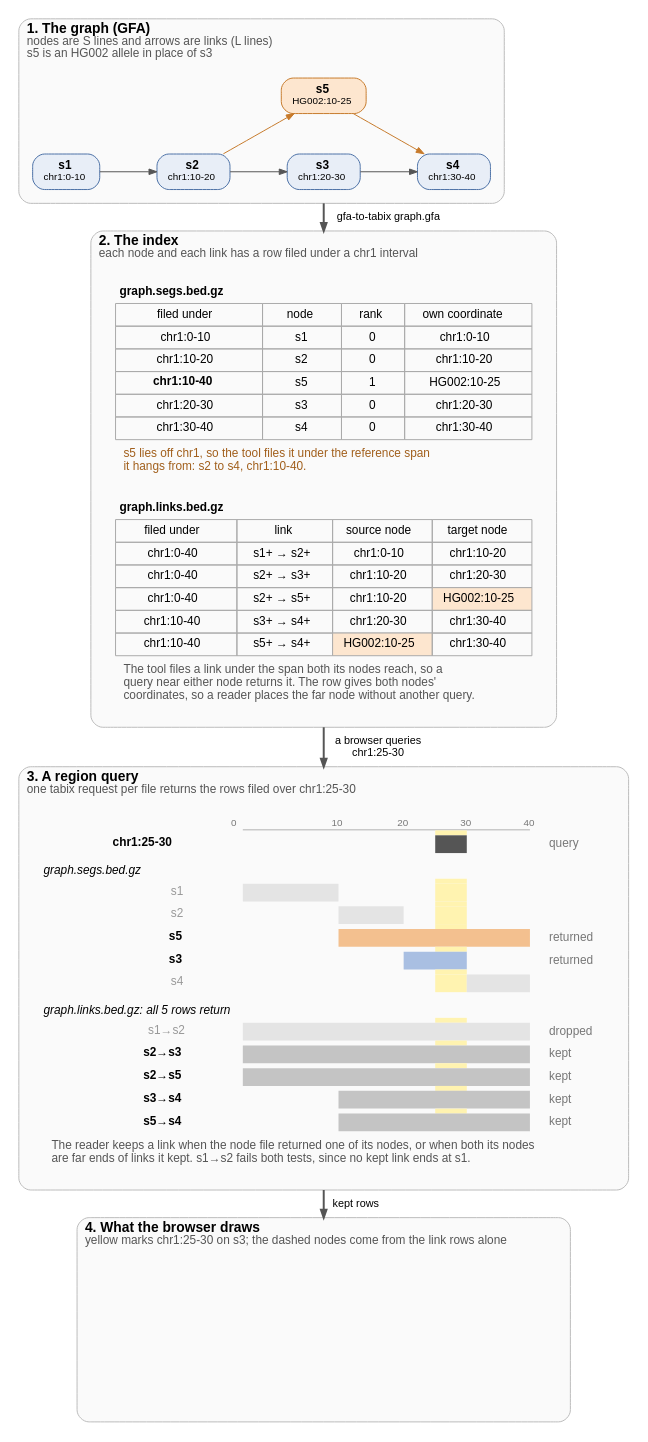
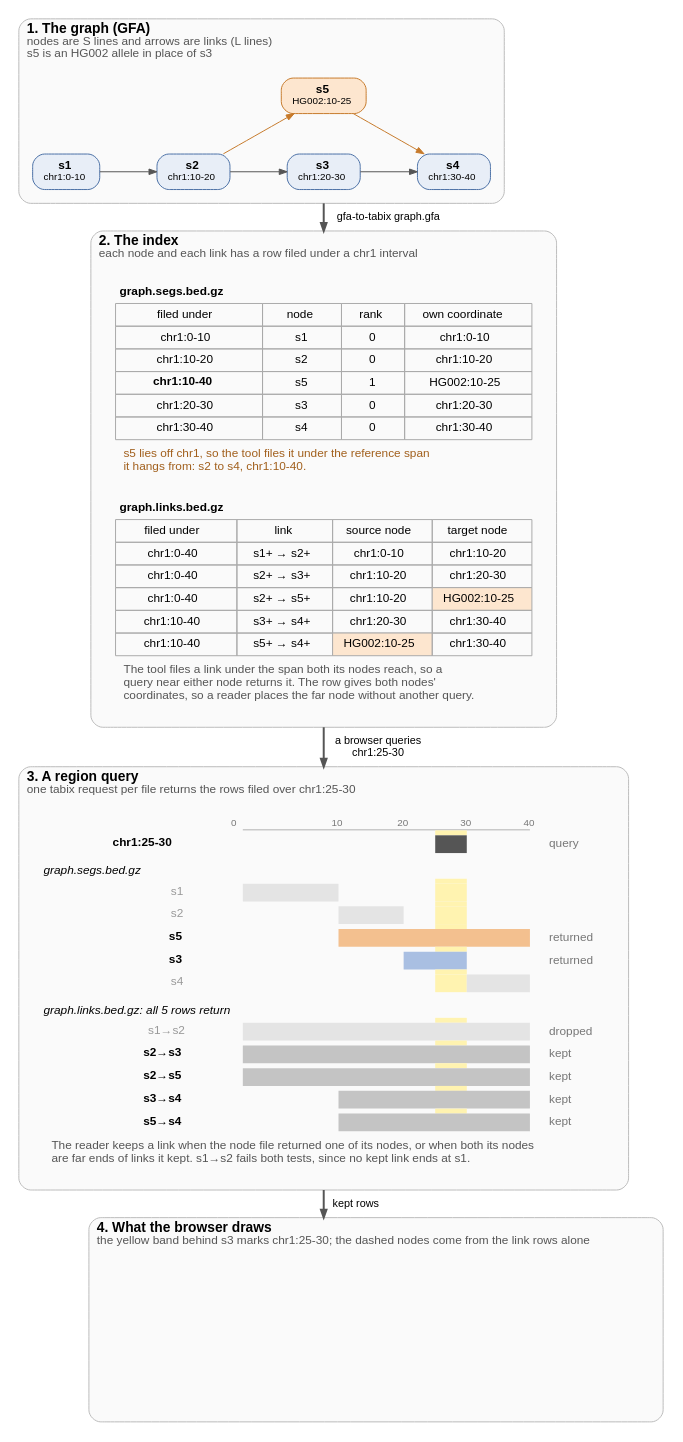
The diagram in docs/figures/overview-detail.dot (GMOD/gfa-to-tabix), drawn with Graphviz before and after one commit. The commit also changed 7 other files, not shown here.

First line of the commit message:
README: cut to a quick start; mark the query with a band behind s3

```diff
--- a/docs/figures/overview-detail.dot
+++ b/docs/figures/overview-detail.dot
@@ -1,117 +1,117 @@
 // scripts/figures.py fills the marked rows from the tool's output and draws this figure
 digraph overview {
   bgcolor="white"
   fontname="Helvetica"
   newrank=true
   compound=true
   nodesep=0.4
   ranksep=0.55
   node [fontname="Helvetica", fontsize=12, shape=box, style="filled,rounded", fillcolor="#e8eef7", color="#4a6fa5", margin="0.15,0.06"]
   edge [fontname="Helvetica", fontsize=11, color="#555555", arrowsize=0.8]
 
   subgraph {
     graph [labeljust=l, fontsize=14, color="#bbbbbb", style="rounded,filled", fillcolor="#fafafa", margin=14]
 
     subgraph cluster_graph {
       label=<<B>1. The graph (GFA)</B><BR ALIGN="LEFT"/><FONT POINT-SIZE="12" COLOR="#555555">nodes are S lines and arrows are links (L lines)</FONT><BR ALIGN="LEFT"/><FONT POINT-SIZE="12" COLOR="#555555">s5 is an HG002 allele in place of s3</FONT><BR ALIGN="LEFT"/>>
       // begin graph
       s1 [label=<<B>s1</B><BR/><FONT POINT-SIZE="10">chr1:0-10</FONT>>]
       s2 [label=<<B>s2</B><BR/><FONT POINT-SIZE="10">chr1:10-20</FONT>>]
       s3 [label=<<B>s3</B><BR/><FONT POINT-SIZE="10">chr1:20-30</FONT>>]
       s4 [label=<<B>s4</B><BR/><FONT POINT-SIZE="10">chr1:30-40</FONT>>]
       s5 [label=<<B>s5</B><BR/><FONT POINT-SIZE="10">HG002:10-25</FONT>>, fillcolor="#fde6cf", color="#c77a2b"]
       {rank=same; s1; s2; s3; s4}
       s1 -> s2 [weight=20]
       s2 -> s3 [weight=20]
       s2 -> s5 [color="#c77a2b", constraint=false]
       s3 -> s4 [weight=20]
       s5 -> s4 [color="#c77a2b", constraint=false]
       s5 -> s3 [style=invis, weight=20]
       // end graph
     }
 
     subgraph cluster_files {
       label=<<B>2. The index</B><BR ALIGN="LEFT"/><FONT POINT-SIZE="12" COLOR="#555555">each node and each link has a row filed under a chr1 interval</FONT><BR ALIGN="LEFT"/>>
       rows [shape=plaintext, style="", label=<
         <TABLE BORDER="0" CELLBORDER="0" CELLSPACING="0" CELLPADDING="0"><TR><TD><TABLE BORDER="0" CELLBORDER="1" CELLSPACING="0" CELLPADDING="4" COLOR="#aaaaaa">
           <TR><TD COLSPAN="4" BORDER="0" ALIGN="LEFT"><B>graph.segs.bed.gz</B></TD></TR>
           <TR BGCOLOR="#dddddd"><TD>filed under</TD><TD>node</TD><TD>rank</TD><TD>own coordinate</TD></TR>
           <!-- begin segs -->
           <TR BGCOLOR="#e8eef7"><TD>chr1:0-10</TD><TD>s1</TD><TD>0</TD><TD>chr1:0-10</TD></TR>
           <TR BGCOLOR="#e8eef7"><TD>chr1:10-20</TD><TD>s2</TD><TD>0</TD><TD>chr1:10-20</TD></TR>
           <TR BGCOLOR="#fde6cf"><TD><B>chr1:10-40</B></TD><TD>s5</TD><TD>1</TD><TD>HG002:10-25</TD></TR>
           <TR BGCOLOR="#e8eef7"><TD>chr1:20-30</TD><TD>s3</TD><TD>0</TD><TD>chr1:20-30</TD></TR>
           <TR BGCOLOR="#e8eef7"><TD>chr1:30-40</TD><TD>s4</TD><TD>0</TD><TD>chr1:30-40</TD></TR>
           <!-- end segs -->
           <!-- begin segs-caption -->
           <TR><TD BORDER="0" CELLPADDING="8" COLSPAN="4" ALIGN="LEFT" BALIGN="LEFT"><FONT POINT-SIZE="12" COLOR="#a15f1c">s5 lies off chr1, so the tool files it under the reference span<BR/>it hangs from: s2 to s4, chr1:10-40.</FONT></TD></TR>
           <!-- end segs-caption -->
         </TABLE></TD></TR>
         <TR><TD HEIGHT="18"></TD></TR>
         <TR><TD><TABLE BORDER="0" CELLBORDER="1" CELLSPACING="0" CELLPADDING="4" COLOR="#aaaaaa">
           <TR><TD COLSPAN="4" BORDER="0" ALIGN="LEFT"><B>graph.links.bed.gz</B></TD></TR>
           <TR BGCOLOR="#dddddd"><TD>filed under</TD><TD>link</TD><TD>source node</TD><TD>target node</TD></TR>
           <!-- begin links -->
           <TR BGCOLOR="#f2f2f2"><TD>chr1:0-40</TD><TD>s1+ → s2+</TD><TD>chr1:0-10</TD><TD>chr1:10-20</TD></TR>
           <TR BGCOLOR="#f2f2f2"><TD>chr1:0-40</TD><TD>s2+ → s3+</TD><TD>chr1:10-20</TD><TD>chr1:20-30</TD></TR>
           <TR BGCOLOR="#f2f2f2"><TD>chr1:0-40</TD><TD>s2+ → s5+</TD><TD>chr1:10-20</TD><TD BGCOLOR="#fde6cf">HG002:10-25</TD></TR>
           <TR BGCOLOR="#f2f2f2"><TD>chr1:10-40</TD><TD>s3+ → s4+</TD><TD>chr1:20-30</TD><TD>chr1:30-40</TD></TR>
           <TR BGCOLOR="#f2f2f2"><TD>chr1:10-40</TD><TD>s5+ → s4+</TD><TD BGCOLOR="#fde6cf">HG002:10-25</TD><TD>chr1:30-40</TD></TR>
           <!-- end links -->
           <TR><TD COLSPAN="4" BORDER="0" CELLPADDING="8" ALIGN="LEFT" BALIGN="LEFT"><FONT POINT-SIZE="12" COLOR="#555555">The tool files a link under the span both its nodes reach, so a<BR/>query near either node returns it. The row gives both nodes'<BR/>coordinates, so a reader places the far node without another query.</FONT></TD></TR>
         </TABLE></TD></TR></TABLE>>]
     }
 
     subgraph cluster_query {
       label=<<B>3. A region query</B><BR ALIGN="LEFT"/><FONT POINT-SIZE="12" COLOR="#555555">one tabix request per file returns the rows filed over chr1:25-30</FONT><BR ALIGN="LEFT"/>>
       hits [shape=plaintext, style="", label=<
         <TABLE BORDER="0" CELLBORDER="0" CELLSPACING="0" CELLPADDING="0">
           <!-- begin lanes -->
           <TR><TD></TD><TD WIDTH="16"></TD><TD WIDTH="16"></TD><TD WIDTH="16"></TD><TD WIDTH="16"></TD><TD WIDTH="16"></TD><TD WIDTH="16"></TD><TD WIDTH="16"></TD><TD WIDTH="16"></TD><TD WIDTH="16"></TD><TD WIDTH="16"></TD><TD WIDTH="16"></TD><TD WIDTH="16"></TD><TD WIDTH="16"></TD><TD WIDTH="16"></TD><TD WIDTH="16"></TD><TD WIDTH="16"></TD><TD WIDTH="16"></TD><TD WIDTH="16"></TD><TD></TD></TR>
           <TR><TD></TD><TD COLSPAN="2"><FONT POINT-SIZE="10" COLOR="#777777">0</FONT></TD><TD COLSPAN="2"></TD><TD COLSPAN="2"><FONT POINT-SIZE="10" COLOR="#777777">10</FONT></TD><TD COLSPAN="2"></TD><TD COLSPAN="2"><FONT POINT-SIZE="10" COLOR="#777777">20</FONT></TD><TD COLSPAN="2"></TD><TD COLSPAN="2"><FONT POINT-SIZE="10" COLOR="#777777">30</FONT></TD><TD COLSPAN="2"></TD><TD COLSPAN="2"><FONT POINT-SIZE="10" COLOR="#777777">40</FONT></TD><TD></TD></TR>
           <TR><TD HEIGHT="1"></TD><TD></TD><TD COLSPAN="16" BGCOLOR="#999999"></TD><TD></TD><TD></TD></TR>
           <TR><TD HEIGHT="5"></TD><TD></TD><TD></TD><TD></TD><TD></TD><TD></TD><TD></TD><TD></TD><TD></TD><TD></TD><TD></TD><TD></TD><TD BGCOLOR="#fff3b0"></TD><TD BGCOLOR="#fff3b0"></TD><TD></TD><TD></TD><TD></TD><TD></TD><TD></TD><TD></TD></TR>
           <TR><TD ALIGN="RIGHT" HEIGHT="18"><B>chr1:25-30</B>  </TD><TD></TD><TD COLSPAN="10"></TD><TD COLSPAN="2" BGCOLOR="#555555"></TD><TD COLSPAN="4"></TD><TD></TD><TD ALIGN="LEFT"><FONT POINT-SIZE="12" COLOR="#777777">  query</FONT></TD></TR>
           <TR><TD COLSPAN="20" ALIGN="LEFT" HEIGHT="26" VALIGN="BOTTOM"><I>graph.segs.bed.gz</I></TD></TR>
           <TR><TD HEIGHT="5"></TD><TD></TD><TD></TD><TD></TD><TD></TD><TD></TD><TD></TD><TD></TD><TD></TD><TD></TD><TD></TD><TD></TD><TD BGCOLOR="#fff3b0"></TD><TD BGCOLOR="#fff3b0"></TD><TD></TD><TD></TD><TD></TD><TD></TD><TD></TD><TD></TD></TR>
           <TR><TD ALIGN="RIGHT" HEIGHT="18"><FONT COLOR="#999999">s1</FONT>  </TD><TD></TD><TD COLSPAN="4" BGCOLOR="#e4e4e4"></TD><TD COLSPAN="6"></TD><TD COLSPAN="2" BGCOLOR="#fff3b0"></TD><TD COLSPAN="4"></TD><TD></TD><TD ALIGN="LEFT"></TD></TR>
           <TR><TD HEIGHT="5"></TD><TD></TD><TD></TD><TD></TD><TD></TD><TD></TD><TD></TD><TD></TD><TD></TD><TD></TD><TD></TD><TD></TD><TD BGCOLOR="#fff3b0"></TD><TD BGCOLOR="#fff3b0"></TD><TD></TD><TD></TD><TD></TD><TD></TD><TD></TD><TD></TD></TR>
           <TR><TD ALIGN="RIGHT" HEIGHT="18"><FONT COLOR="#999999">s2</FONT>  </TD><TD></TD><TD COLSPAN="4"></TD><TD COLSPAN="4" BGCOLOR="#e4e4e4"></TD><TD COLSPAN="2"></TD><TD COLSPAN="2" BGCOLOR="#fff3b0"></TD><TD COLSPAN="4"></TD><TD></TD><TD ALIGN="LEFT"></TD></TR>
           <TR><TD HEIGHT="5"></TD><TD></TD><TD></TD><TD></TD><TD></TD><TD></TD><TD></TD><TD></TD><TD></TD><TD></TD><TD></TD><TD></TD><TD BGCOLOR="#fff3b0"></TD><TD BGCOLOR="#fff3b0"></TD><TD></TD><TD></TD><TD></TD><TD></TD><TD></TD><TD></TD></TR>
           <TR><TD ALIGN="RIGHT" HEIGHT="18"><B>s5</B>  </TD><TD></TD><TD COLSPAN="4"></TD><TD COLSPAN="12" BGCOLOR="#f3c08f"></TD><TD></TD><TD ALIGN="LEFT"><FONT POINT-SIZE="12" COLOR="#777777">  returned</FONT></TD></TR>
           <TR><TD HEIGHT="5"></TD><TD></TD><TD></TD><TD></TD><TD></TD><TD></TD><TD></TD><TD></TD><TD></TD><TD></TD><TD></TD><TD></TD><TD BGCOLOR="#fff3b0"></TD><TD BGCOLOR="#fff3b0"></TD><TD></TD><TD></TD><TD></TD><TD></TD><TD></TD><TD></TD></TR>
           <TR><TD ALIGN="RIGHT" HEIGHT="18"><B>s3</B>  </TD><TD></TD><TD COLSPAN="8"></TD><TD COLSPAN="4" BGCOLOR="#a9bfe2"></TD><TD COLSPAN="4"></TD><TD></TD><TD ALIGN="LEFT"><FONT POINT-SIZE="12" COLOR="#777777">  returned</FONT></TD></TR>
           <TR><TD HEIGHT="5"></TD><TD></TD><TD></TD><TD></TD><TD></TD><TD></TD><TD></TD><TD></TD><TD></TD><TD></TD><TD></TD><TD></TD><TD BGCOLOR="#fff3b0"></TD><TD BGCOLOR="#fff3b0"></TD><TD></TD><TD></TD><TD></TD><TD></TD><TD></TD><TD></TD></TR>
           <TR><TD ALIGN="RIGHT" HEIGHT="18"><FONT COLOR="#999999">s4</FONT>  </TD><TD></TD><TD COLSPAN="10"></TD><TD COLSPAN="2" BGCOLOR="#fff3b0"></TD><TD COLSPAN="4" BGCOLOR="#e4e4e4"></TD><TD></TD><TD ALIGN="LEFT"></TD></TR>
           <TR><TD COLSPAN="20" ALIGN="LEFT" HEIGHT="26" VALIGN="BOTTOM"><I>graph.links.bed.gz: all 5 rows return</I></TD></TR>
           <TR><TD HEIGHT="5"></TD><TD></TD><TD></TD><TD></TD><TD></TD><TD></TD><TD></TD><TD></TD><TD></TD><TD></TD><TD></TD><TD></TD><TD BGCOLOR="#fff3b0"></TD><TD BGCOLOR="#fff3b0"></TD><TD></TD><TD></TD><TD></TD><TD></TD><TD></TD><TD></TD></TR>
           <TR><TD ALIGN="RIGHT" HEIGHT="18"><FONT COLOR="#999999">s1→s2</FONT>  </TD><TD></TD><TD COLSPAN="16" BGCOLOR="#e4e4e4"></TD><TD></TD><TD ALIGN="LEFT"><FONT POINT-SIZE="12" COLOR="#777777">  dropped</FONT></TD></TR>
           <TR><TD HEIGHT="5"></TD><TD></TD><TD></TD><TD></TD><TD></TD><TD></TD><TD></TD><TD></TD><TD></TD><TD></TD><TD></TD><TD></TD><TD BGCOLOR="#fff3b0"></TD><TD BGCOLOR="#fff3b0"></TD><TD></TD><TD></TD><TD></TD><TD></TD><TD></TD><TD></TD></TR>
           <TR><TD ALIGN="RIGHT" HEIGHT="18"><B>s2→s3</B>  </TD><TD></TD><TD COLSPAN="16" BGCOLOR="#c4c4c4"></TD><TD></TD><TD ALIGN="LEFT"><FONT POINT-SIZE="12" COLOR="#777777">  kept</FONT></TD></TR>
           <TR><TD HEIGHT="5"></TD><TD></TD><TD></TD><TD></TD><TD></TD><TD></TD><TD></TD><TD></TD><TD></TD><TD></TD><TD></TD><TD></TD><TD BGCOLOR="#fff3b0"></TD><TD BGCOLOR="#fff3b0"></TD><TD></TD><TD></TD><TD></TD><TD></TD><TD></TD><TD></TD></TR>
           <TR><TD ALIGN="RIGHT" HEIGHT="18"><B>s2→s5</B>  </TD><TD></TD><TD COLSPAN="16" BGCOLOR="#c4c4c4"></TD><TD></TD><TD ALIGN="LEFT"><FONT POINT-SIZE="12" COLOR="#777777">  kept</FONT></TD></TR>
           <TR><TD HEIGHT="5"></TD><TD></TD><TD></TD><TD></TD><TD></TD><TD></TD><TD></TD><TD></TD><TD></TD><TD></TD><TD></TD><TD></TD><TD BGCOLOR="#fff3b0"></TD><TD BGCOLOR="#fff3b0"></TD><TD></TD><TD></TD><TD></TD><TD></TD><TD></TD><TD></TD></TR>
           <TR><TD ALIGN="RIGHT" HEIGHT="18"><B>s3→s4</B>  </TD><TD></TD><TD COLSPAN="4"></TD><TD COLSPAN="12" BGCOLOR="#c4c4c4"></TD><TD></TD><TD ALIGN="LEFT"><FONT POINT-SIZE="12" COLOR="#777777">  kept</FONT></TD></TR>
           <TR><TD HEIGHT="5"></TD><TD></TD><TD></TD><TD></TD><TD></TD><TD></TD><TD></TD><TD></TD><TD></TD><TD></TD><TD></TD><TD></TD><TD BGCOLOR="#fff3b0"></TD><TD BGCOLOR="#fff3b0"></TD><TD></TD><TD></TD><TD></TD><TD></TD><TD></TD><TD></TD></TR>
           <TR><TD ALIGN="RIGHT" HEIGHT="18"><B>s5→s4</B>  </TD><TD></TD><TD COLSPAN="4"></TD><TD COLSPAN="12" BGCOLOR="#c4c4c4"></TD><TD></TD><TD ALIGN="LEFT"><FONT POINT-SIZE="12" COLOR="#777777">  kept</FONT></TD></TR>
           <!-- end lanes -->
           <!-- begin keep-caption -->
           <TR><TD BORDER="0" CELLPADDING="8" COLSPAN="20" ALIGN="LEFT" BALIGN="LEFT"><FONT POINT-SIZE="12" COLOR="#555555">The reader keeps a link when the node file returned one of its nodes, or when both its nodes<BR/>are far ends of links it kept. s1→s2 fails both tests, since no kept link ends at s1.</FONT></TD></TR>
           <!-- end keep-caption -->
         </TABLE>>]
     }
 
     subgraph cluster_drawn {
-      label=<<B>4. What the browser draws</B><BR ALIGN="LEFT"/><FONT POINT-SIZE="12" COLOR="#555555">yellow marks chr1:25-30 on s3; the dashed nodes come from the link rows alone</FONT><BR ALIGN="LEFT"/>>
+      label=<<B>4. What the browser draws</B><BR ALIGN="LEFT"/><FONT POINT-SIZE="12" COLOR="#555555">the yellow band behind s3 marks chr1:25-30; the dashed nodes come from the link rows alone</FONT><BR ALIGN="LEFT"/>>
       // begin drawn
       drawn [shape=box, style="", color=transparent, label="", fixedsize=true, width=5.29, height=2.02]
       // end drawn
     }
   }
 
   // begin arrows
   s3 -> rows [ltail=cluster_graph, lhead=cluster_files, label="  gfa-to-tabix graph.gfa", penwidth=2]
   rows -> hits [ltail=cluster_files, lhead=cluster_query, label="  a browser queries\n  chr1:25-30", penwidth=2]
   hits -> drawn [ltail=cluster_query, lhead=cluster_drawn, label="  kept rows", penwidth=2]
   // end arrows
 }
```
